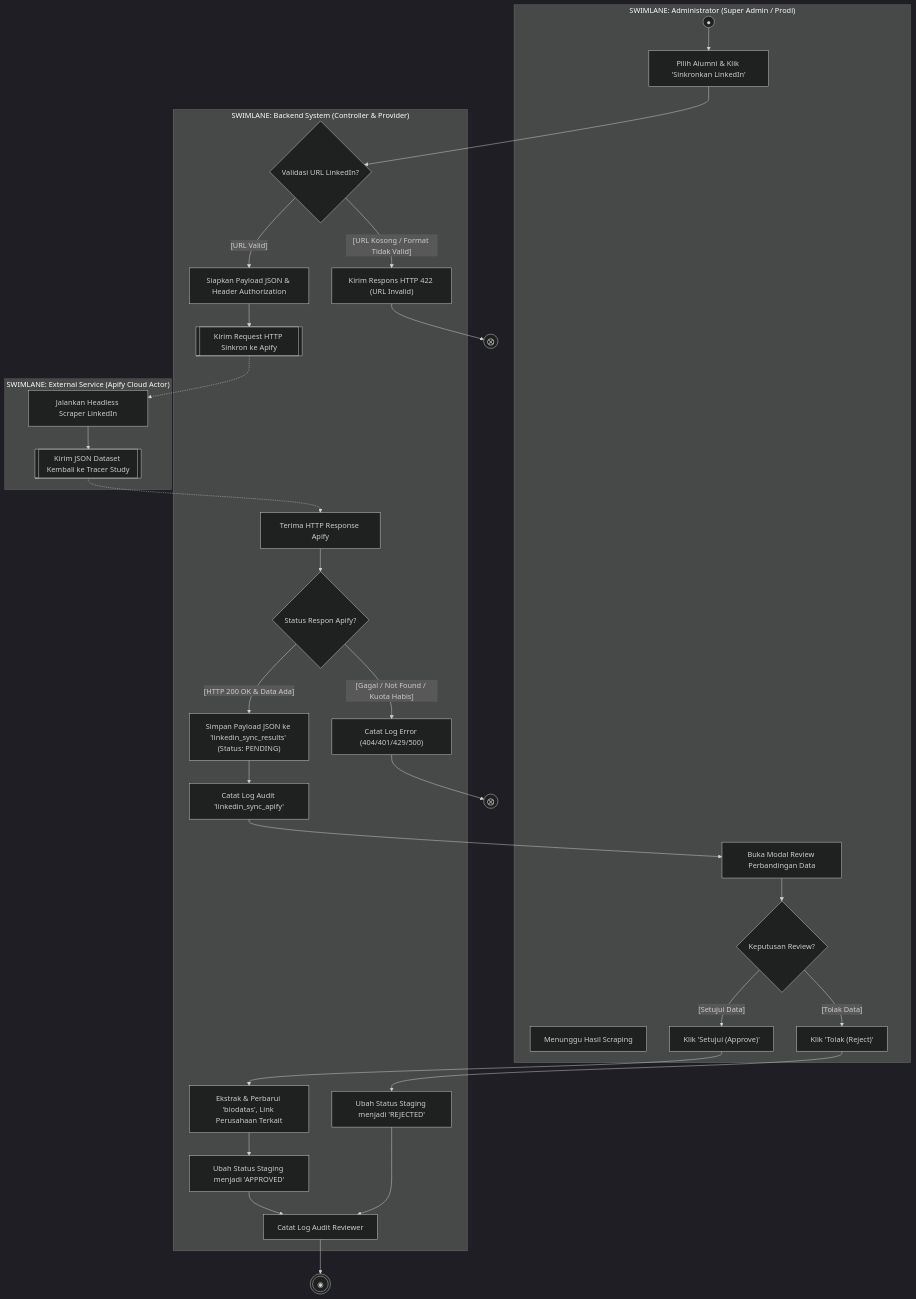
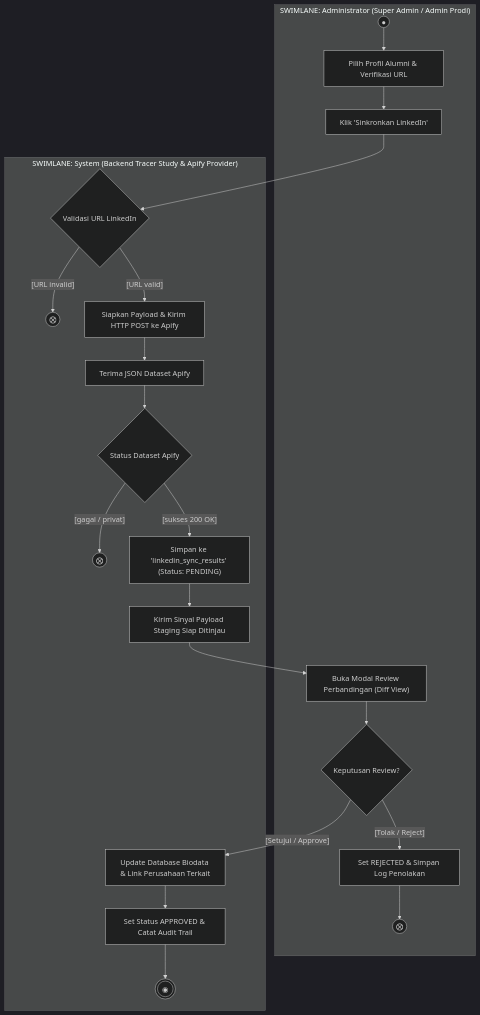
Before and after one commit to claraanjelitakd/tracer-ta: the second of 4 diagrams in docs/activitydiagram.md, drawn with Mermaid (dark theme). The commit also changed other lines of this file and 8 other files, not shown here.

Commit message:
docs: standarisasi UML Activity Diagram ke format 2-swimlane Sundaramoorthy dan tambahkan visual grafis retina

````diff
--- a/docs/activitydiagram.md
+++ b/docs/activitydiagram.md
@@ -46,60 +131,46 @@
 ```mermaid
 flowchart TD
-    %% SWIMLANES DEFINITION
-    subgraph Admin_Actor["SWIMLANE: Administrator (Super Admin / Prodi)"]
-        A_Start((●)) --> A_SelectAlumni["Pilih Alumni & Klik 'Sinkronkan LinkedIn'"]
-        A_Wait["Menunggu Hasil Scraping"]
-        A_ReviewModal["Buka Modal Review Perbandingan Data"]
+    %% SWIMLANE 1: ADMINISTRATOR
+    subgraph Admin_Lane["SWIMLANE: Administrator (Super Admin / Admin Prodi)"]
+        A_Start((●)) --> A_SelectAlumni["Pilih Profil Alumni & Verifikasi URL"]
+        A_SelectAlumni --> A_ClickSync["Klik 'Sinkronkan LinkedIn'"]
+        
+        A_OpenModal["Buka Modal Review Perbandingan (Diff View)"]
         A_DecisionReview{"Keputusan Review?"}
-        A_Approve["Klik 'Setujui (Approve)'"]
-        A_Reject["Klik 'Tolak (Reject)'"]
+        A_Reject["Set REJECTED & Simpan Log Penolakan"]
+        FlowReject((⨂))
     end
 
-    subgraph Backend_System["SWIMLANE: Backend System (Controller & Provider)"]
-        B_ValUrl{"Validasi URL LinkedIn?"}
-        B_ThrowUrlErr["Kirim Respons HTTP 422 (URL Invalid)"]
-        B_PreparePayload["Siapkan Payload JSON & Header Authorization"]
-        B_SendReq[["Kirim Request HTTP Sinkron ke Apify"]]
-        B_ReceiveResp["Terima HTTP Response Apify"]
-        B_EvalStatus{"Status Respon Apify?"}
-        B_HandleErr["Catat Log Error (404/401/429/500)"]
-        B_SaveStaging["Simpan Payload JSON ke 'linkedin_sync_results' (Status: PENDING)"]
-        B_AuditPending["Catat Log Audit 'linkedin_sync_apify'"]
-        B_ApplyData["Ekstrak & Perbarui 'biodatas', Link Perusahaan Terkait"]
-        B_MarkApproved["Ubah Status Staging menjadi 'APPROVED'"]
-        B_MarkRejected["Ubah Status Staging menjadi 'REJECTED'"]
-        B_AuditFinal["Catat Log Audit Reviewer"]
+    %% SWIMLANE 2: SYSTEM
+    subgraph System_Lane["SWIMLANE: System (Backend Tracer Study & Apify Provider)"]
+        S_ValUrl{"Validasi URL LinkedIn"}
+        FlowUrlErr((⨂))
+        S_ExecApify["Siapkan Payload & Kirim HTTP POST ke Apify"]
+        S_ReceiveApify["Terima JSON Dataset Apify"]
+        S_EvalApify{"Status Dataset Apify"}
+        FlowApifyErr((⨂))
+        S_SaveStaging["Simpan ke 'linkedin_sync_results' (Status: PENDING)"]
+        S_SignalModal["Kirim Sinyal Payload Staging Siap Ditinjau"]
+        
+        S_UpdateDB["Update Database Biodata & Link Perusahaan Terkait"]
+        S_SetApproved["Set Status APPROVED & Catat Audit Trail"]
+        EndSyncSuccess(((◉)))
     end
 
-    subgraph Apify_Service["SWIMLANE: External Service (Apify Cloud Actor)"]
-        C_ExecActor["Jalankan Headless Scraper LinkedIn"]
-        C_ReturnDataset[["Kirim JSON Dataset Kembali ke Tracer Study"]]
-    end
-
-    %% FLOW TRANSITIONS
-    A_SelectAlumni --> B_ValUrl
-    B_ValUrl -- "[URL Kosong / Format Tidak Valid]" --> B_ThrowUrlErr --> FlowFinal1((⨂))
-    B_ValUrl -- "[URL Valid]" --> B_PreparePayload
-    B_PreparePayload --> B_SendReq
-    B_SendReq -.-> C_ExecActor
-    C_ExecActor --> C_ReturnDataset
-    C_ReturnDataset -.-> B_ReceiveResp
-    B_ReceiveResp --> B_EvalStatus
-
-    B_EvalStatus -- "[Gagal / Not Found / Kuota Habis]" --> B_HandleErr --> FlowFinal2((⨂))
-    B_EvalStatus -- "[HTTP 200 OK & Data Ada]" --> B_SaveStaging
-    B_SaveStaging --> B_AuditPending
-    B_AuditPending --> A_ReviewModal
-    A_ReviewModal --> A_DecisionReview
-
-    A_DecisionReview -- "[Setujui Data]" --> A_Approve
-    A_Approve --> B_ApplyData
-    B_ApplyData --> B_MarkApproved
-    B_MarkApproved --> B_AuditFinal
-
-    A_DecisionReview -- "[Tolak Data]" --> A_Reject
-    A_Reject --> B_MarkRejected
-    B_MarkRejected --> B_AuditFinal
-
-    B_AuditFinal --> EndSuccess(((◉)))
+    %% TRANSISI LINTAS SWIMLANE
+    A_ClickSync --> S_ValUrl
+    S_ValUrl -- "[URL invalid]" --> FlowUrlErr
+    S_ValUrl -- "[URL valid]" --> S_ExecApify
+    S_ExecApify --> S_ReceiveApify
+    S_ReceiveApify --> S_EvalApify
+    S_EvalApify -- "[gagal / privat]" --> FlowApifyErr
+    S_EvalApify -- "[sukses 200 OK]" --> S_SaveStaging
+    S_SaveStaging --> S_SignalModal
+    S_SignalModal --> A_OpenModal
+    A_OpenModal --> A_DecisionReview
+    
+    A_DecisionReview -- "[Tolak / Reject]" --> A_Reject --> FlowReject
+    A_DecisionReview -- "[Setujui / Approve]" --> S_UpdateDB
+    S_UpdateDB --> S_SetApproved
+    S_SetApproved --> EndSyncSuccess
 ```
````
